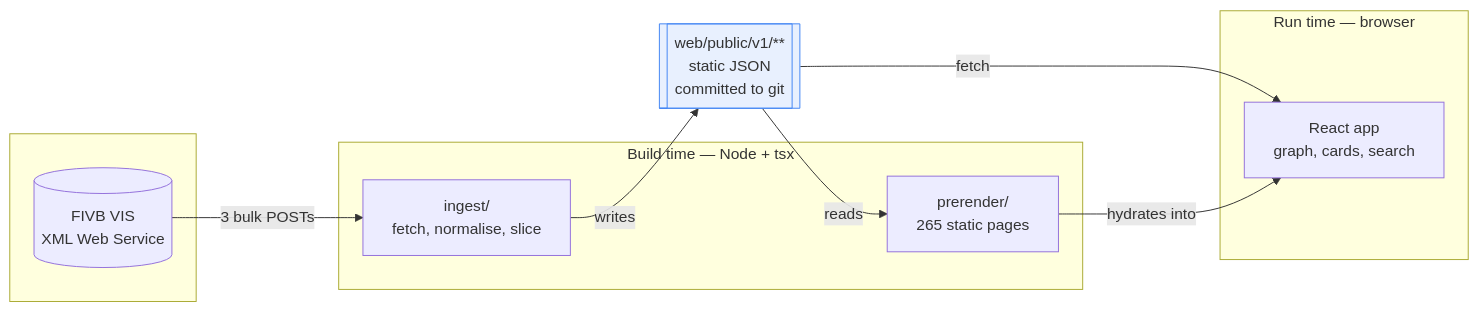
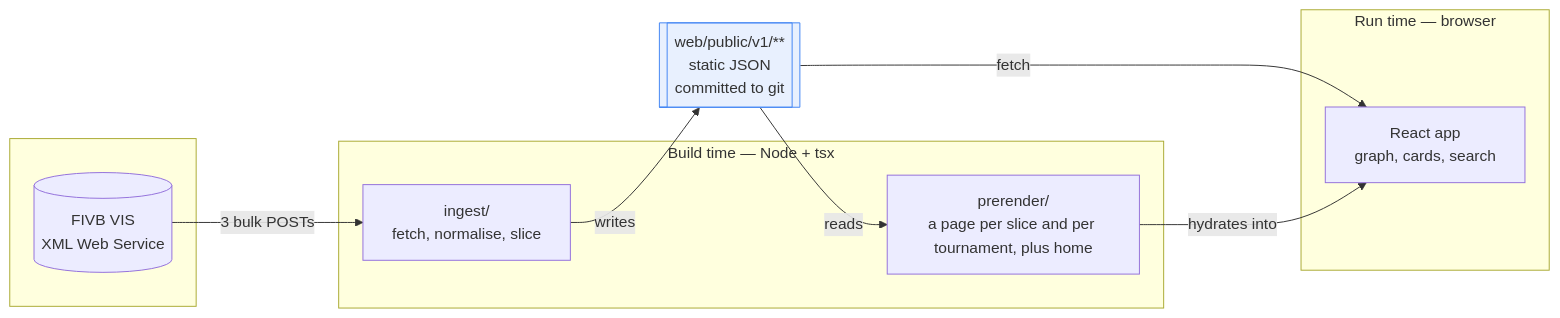
Before and after one commit to eduardopicado/beachvolleyballgraph: the first of 4 diagrams in docs/architecture.md, drawn with Mermaid. The commit also changed other lines of this file and 6 other files, not shown here.

First line of the commit message:
Date the figures in architecture.md, and finish the interval sweep

````diff
--- a/docs/architecture.md
+++ b/docs/architecture.md
@@ -13,25 +18,25 @@
 ```mermaid
 flowchart LR
   subgraph upstream[" "]
     VIS[(FIVB VIS<br/>XML Web Service)]
   end
 
   subgraph build["Build time — Node + tsx"]
     ING[ingest/<br/>fetch, normalise, slice]
-    PRE[prerender/<br/>265 static pages]
+    PRE[prerender/<br/>a page per slice and per tournament, plus home]
   end
 
   DATA[["web/public/v1/**<br/>static JSON<br/>committed to git"]]
 
   subgraph runtime["Run time — browser"]
     APP[React app<br/>graph, cards, search]
   end
 
   VIS -->|3 bulk POSTs| ING
   ING -->|writes| DATA
   DATA -->|reads| PRE
   DATA -->|fetch| APP
   PRE -->|hydrates into| APP
 
   style DATA fill:#e8f0fe,stroke:#4285f4
 ```
````
